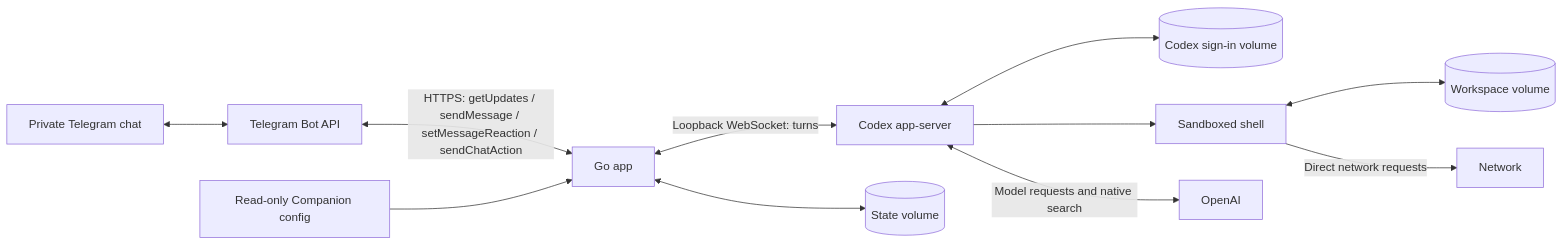
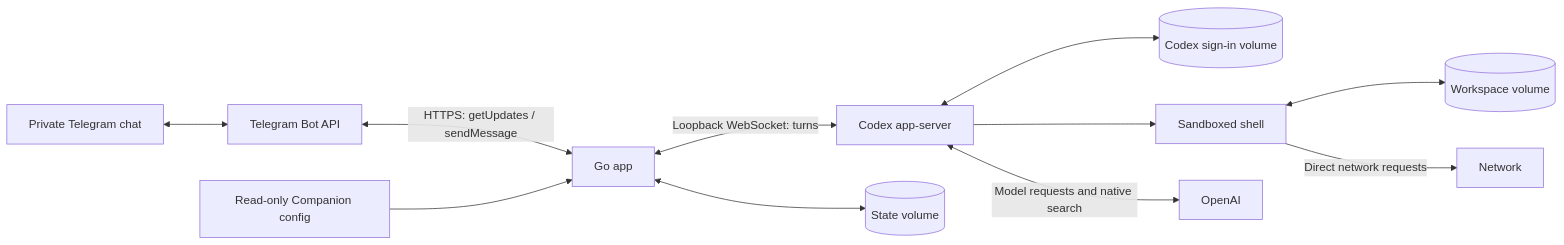
One commit to hsnprsd/companion changed the diagram in ARCHITECTURE.md. Above: the diagram before and after it, drawn with Mermaid. The commit also changed other lines of this file and 24 other files, not shown here.

````diff
--- a/ARCHITECTURE.md
+++ b/ARCHITECTURE.md
@@ -9,13 +9,13 @@
 ```mermaid
 flowchart LR
     User[Private Telegram chat] <--> TG[Telegram Bot API]
-    TG <-->|HTTPS: getUpdates / sendMessage / setMessageReaction / sendChatAction| App[Go app]
+    TG <-->|HTTPS: getUpdates / sendMessage| App[Go app]
     App <-->|Loopback WebSocket: turns| Runner[Codex app-server]
     App <--> State[(State volume)]
     Config[Read-only Companion config] --> App
     Runner <--> Auth[(Codex sign-in volume)]
     Runner --> Shell[Sandboxed shell]
     Shell <--> Workspace[(Workspace volume)]
     Shell -->|Direct network requests| Network[Network]
     Runner <-->|Model requests and native search| OpenAI[OpenAI]
 ```
````
